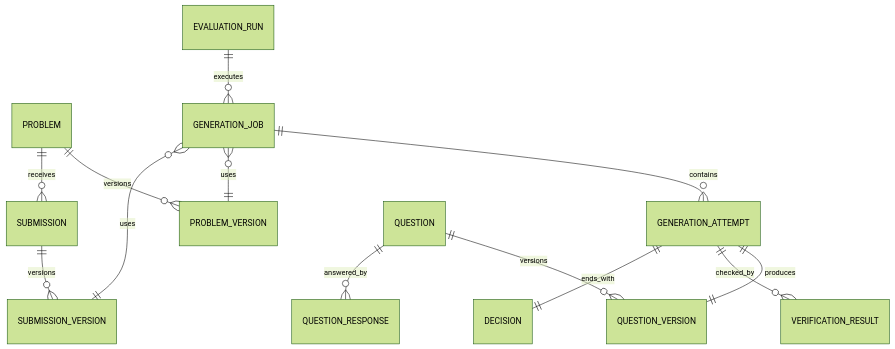
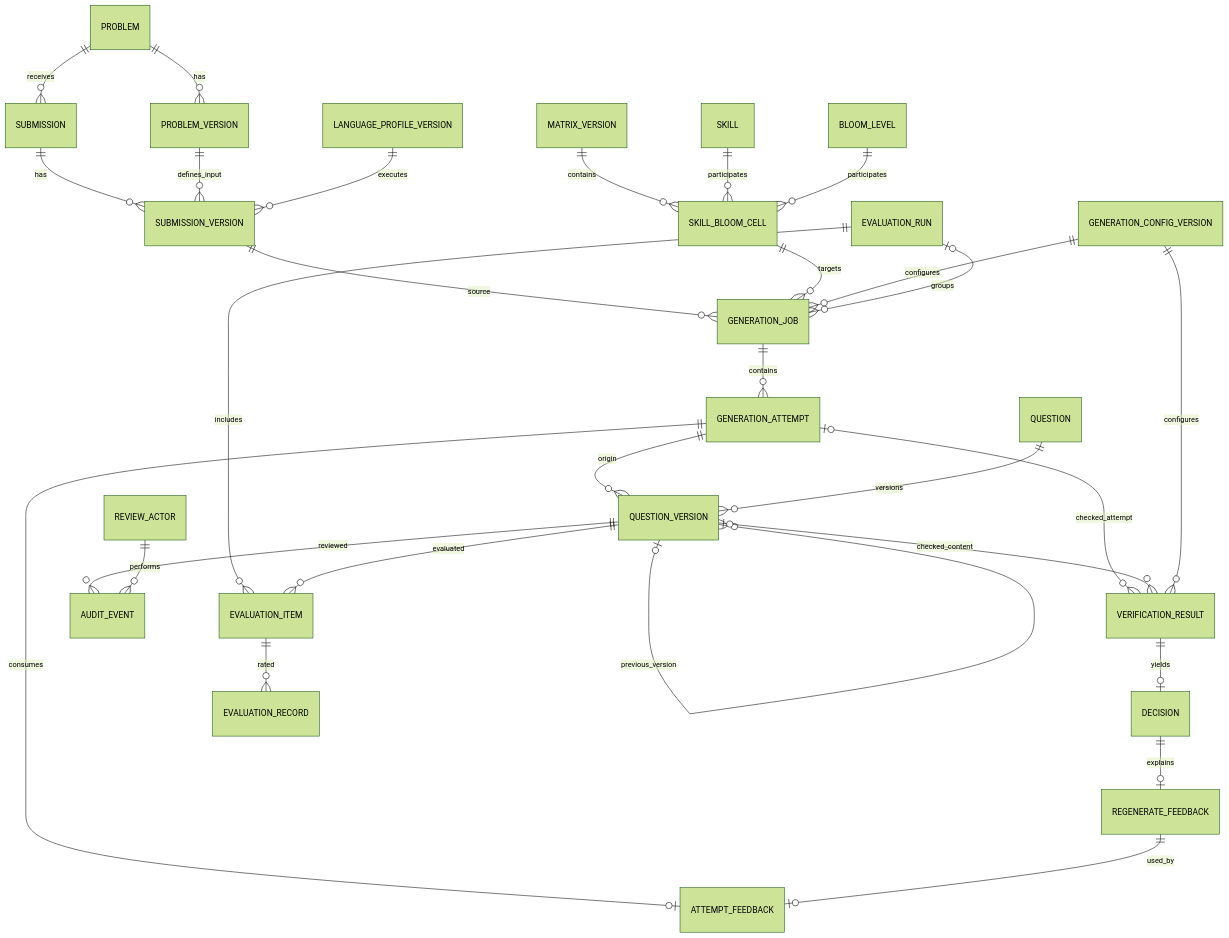
Before and after one commit to vdthang221/DACN_261_RAG_APPLICATION: the third of 3 diagrams in docs/SD_PROPOSED.md, drawn with Mermaid (forest theme). The commit also changed other lines of this file and 2 other files, not shown here.

Commit message:
docs: align proposed design with RE and add ERD guides

````diff
--- a/docs/SD_PROPOSED.md
+++ b/docs/SD_PROPOSED.md
@@ -137,15 +255,31 @@
 ```mermaid
 erDiagram
-    PROBLEM ||--o{ PROBLEM_VERSION : versions
+    PROBLEM ||--o{ PROBLEM_VERSION : has
     PROBLEM ||--o{ SUBMISSION : receives
-    SUBMISSION ||--o{ SUBMISSION_VERSION : versions
+    SUBMISSION ||--o{ SUBMISSION_VERSION : has
+    PROBLEM_VERSION ||--o{ SUBMISSION_VERSION : defines_input
+    LANGUAGE_PROFILE_VERSION ||--o{ SUBMISSION_VERSION : executes
+    MATRIX_VERSION ||--o{ SKILL_BLOOM_CELL : contains
+    SKILL ||--o{ SKILL_BLOOM_CELL : participates
+    BLOOM_LEVEL ||--o{ SKILL_BLOOM_CELL : participates
+    SUBMISSION_VERSION ||--o{ GENERATION_JOB : source
+    SKILL_BLOOM_CELL ||--o{ GENERATION_JOB : targets
+    GENERATION_CONFIG_VERSION ||--o{ GENERATION_JOB : configures
+    EVALUATION_RUN o|--o{ GENERATION_JOB : groups
     GENERATION_JOB ||--o{ GENERATION_ATTEMPT : contains
-    GENERATION_JOB }o--|| PROBLEM_VERSION : uses
-    GENERATION_JOB }o--|| SUBMISSION_VERSION : uses
-    GENERATION_ATTEMPT ||--|| QUESTION_VERSION : produces
-    GENERATION_ATTEMPT ||--o{ VERIFICATION_RESULT : checked_by
-    GENERATION_ATTEMPT ||--|| DECISION : ends_with
+    GENERATION_ATTEMPT ||--o{ QUESTION_VERSION : origin
     QUESTION ||--o{ QUESTION_VERSION : versions
-    QUESTION ||--o{ QUESTION_RESPONSE : answered_by
-    EVALUATION_RUN ||--o{ GENERATION_JOB : executes
+    QUESTION_VERSION o|--o{ QUESTION_VERSION : previous_version
+    GENERATION_ATTEMPT o|--o{ VERIFICATION_RESULT : checked_attempt
+    QUESTION_VERSION o|--o{ VERIFICATION_RESULT : checked_content
+    GENERATION_CONFIG_VERSION ||--o{ VERIFICATION_RESULT : configures
+    VERIFICATION_RESULT ||--o| DECISION : yields
+    DECISION ||--o| REGENERATE_FEEDBACK : explains
+    GENERATION_ATTEMPT ||--o| ATTEMPT_FEEDBACK : consumes
+    REGENERATE_FEEDBACK ||--o| ATTEMPT_FEEDBACK : used_by
+    QUESTION_VERSION ||--o{ AUDIT_EVENT : reviewed
+    REVIEW_ACTOR ||--o{ AUDIT_EVENT : performs
+    EVALUATION_RUN ||--o{ EVALUATION_ITEM : includes
+    QUESTION_VERSION ||--o{ EVALUATION_ITEM : evaluated
+    EVALUATION_ITEM ||--o{ EVALUATION_RECORD : rated
 ```
````
